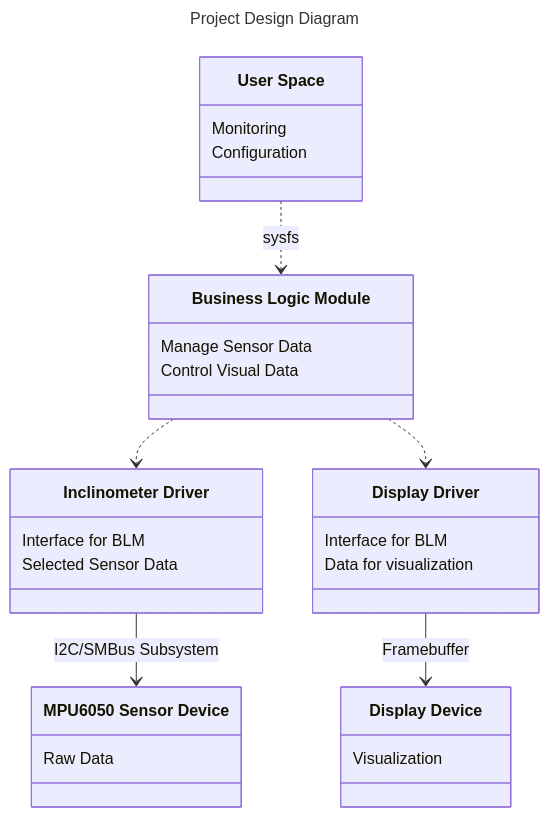
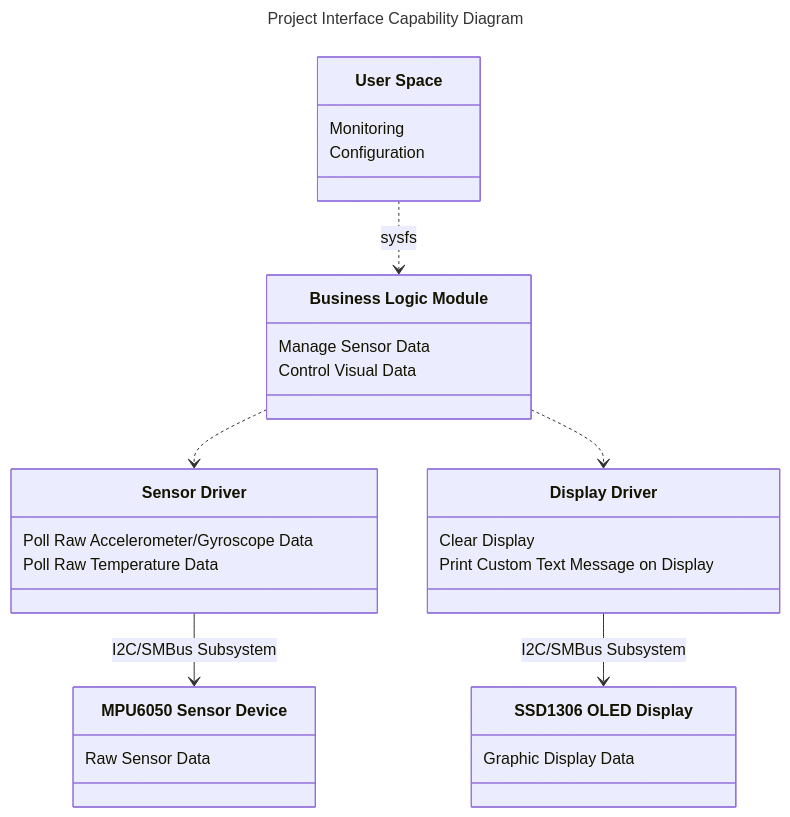
One commit to deesync/gl_kernel_Basecamp_Project changed the second of 2 diagrams in README.md. Above: the diagram before and after it, drawn with Mermaid. The commit also changed other lines of this file, not shown here.

Commit message:
Project: Update README.md

````diff
--- a/README.md
+++ b/README.md
@@ -37,43 +56,43 @@
 ```mermaid
 ---
-title: Project Design Diagram
+title: Project Interface Сapability Diagram
 ---
 classDiagram
    
     class `User Space` {
         Monitoring
         Configuration
     }
 
     class `Business Logic Module` {
         Manage Sensor Data
         Control Visual Data
     }
     %%link `User Space` "https://www.github.com/deesync"
 
     class `Display Driver` {
-        Interface for BLM
-        Data for visualization
+        Clear Display
+        Print Custom Text Message on Display
     }
 
-    class `Inclinometer Driver` {
-        Interface for BLM
-        Selected Sensor Data
+    class `Sensor Driver` {
+        Poll Raw Accelerometer/Gyroscope Data
+        Poll Raw Temperature Data
     }
 
-    class `Display Device` {
-        Visualization
+    class `SSD1306 OLED Display` {
+        Graphic Display Data
     }
 
     class `MPU6050 Sensor Device` {
-        Raw Data
+        Raw Sensor Data
     }
 
     `User Space` ..> `Business Logic Module` : sysfs
 
-    `Business Logic Module` ..> `Inclinometer Driver`
+    `Business Logic Module` ..> `Sensor Driver`
     `Business Logic Module` ..> `Display Driver`
 
-    `Inclinometer Driver` --> `MPU6050 Sensor Device` : I2C/SMBus Subsystem
-    `Display Driver` --> `Display Device` : Framebuffer
+    `Sensor Driver` --> `MPU6050 Sensor Device` : I2C/SMBus Subsystem
+    `Display Driver` --> `SSD1306 OLED Display` : I2C/SMBus Subsystem
 ```
````
